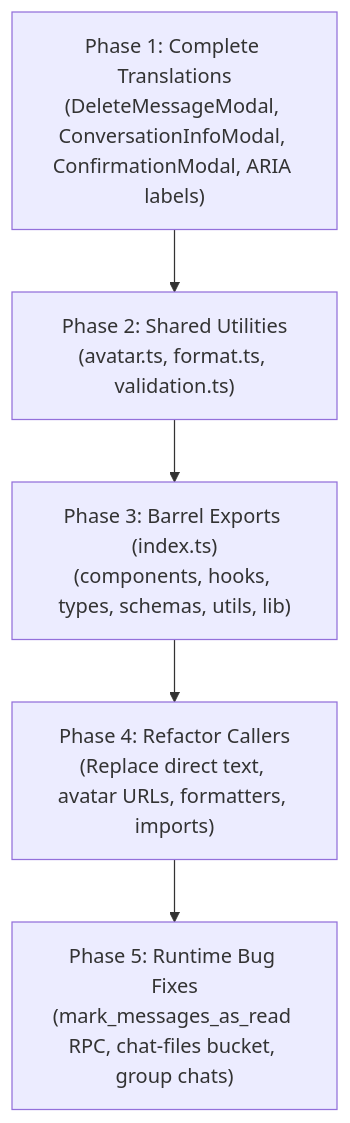
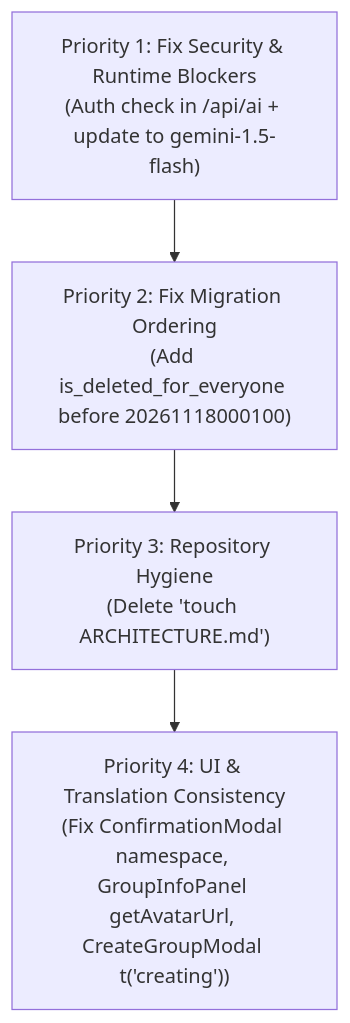
Before and after one commit to nirajcodealchemy/talkhub: the diagram in touch ARCHITECTURE.md, drawn with Mermaid. The commit also changed other lines of this file and 11 other files, not shown here.

````diff
--- a/touch ARCHITECTURE.md
+++ b/touch ARCHITECTURE.md
@@ -668,7 +208,6 @@
 ```mermaid
 flowchart TD
-    A["Phase 1: Complete Translations<br>(DeleteMessageModal, ConversationInfoModal, ConfirmationModal, ARIA labels)"] --> B["Phase 2: Shared Utilities<br>(avatar.ts, format.ts, validation.ts)"]
-    B --> C["Phase 3: Barrel Exports (index.ts)<br>(components, hooks, types, schemas, utils, lib)"]
-    C --> D["Phase 4: Refactor Callers<br>(Replace direct text, avatar URLs, formatters, imports)"]
-    D --> E["Phase 5: Runtime Bug Fixes<br>(mark_messages_as_read RPC, chat-files bucket, group chats)"]
+    A["Priority 1: Fix Security & Runtime Blockers<br>(Auth check in /api/ai + update to gemini-1.5-flash)"] --> B["Priority 2: Fix Migration Ordering<br>(Add is_deleted_for_everyone before 20261118000100)"]
+    B --> C["Priority 3: Repository Hygiene<br>(Delete 'touch ARCHITECTURE.md')"]
+    C --> D["Priority 4: UI & Translation Consistency<br>(Fix ConfirmationModal namespace, GroupInfoPanel getAvatarUrl, CreateGroupModal t('creating'))"]
 ```
````
